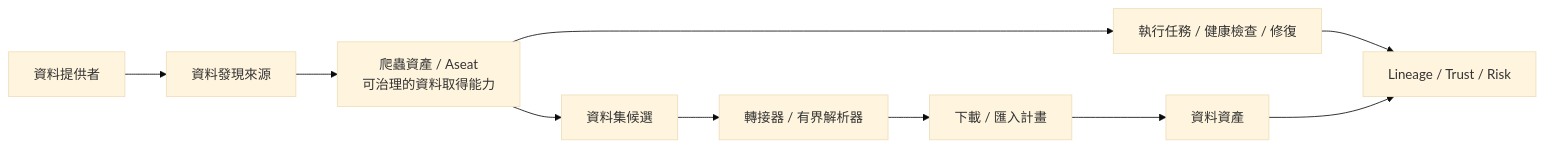
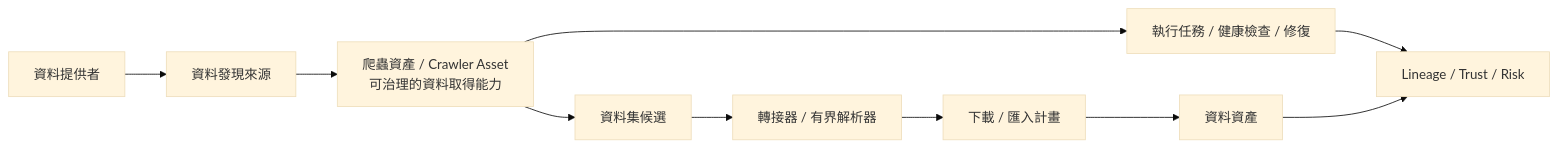
The third of 7 diagrams in docs/DATA_ASSET_PLATFORM_CONCEPTS.zh-TW.md (YanAnnLu/APIkeys_collection), drawn with Mermaid (base theme) before and after one commit. The commit also changed other lines of this file and 22 other files, not shown here.

````diff
--- a/docs/DATA_ASSET_PLATFORM_CONCEPTS.zh-TW.md
+++ b/docs/DATA_ASSET_PLATFORM_CONCEPTS.zh-TW.md
@@ -393,12 +393,12 @@
 ```mermaid
 flowchart LR
     Provider[資料提供者] --> Source[資料發現來源]
-    Source --> CrawlerAsset[爬蟲資產 / Aseat<br/>可治理的資料取得能力]
+    Source --> CrawlerAsset[爬蟲資產 / Crawler Asset<br/>可治理的資料取得能力]
     CrawlerAsset --> Candidate[資料集候選]
     Candidate --> Resolver[轉接器 / 有界解析器]
     Resolver --> Plan[下載 / 匯入計畫]
     Plan --> DataAsset[資料資產]
     CrawlerAsset --> Mission[執行任務 / 健康檢查 / 修復]
     Mission --> Lineage[Lineage / Trust / Risk]
     DataAsset --> Lineage
 ```
````
